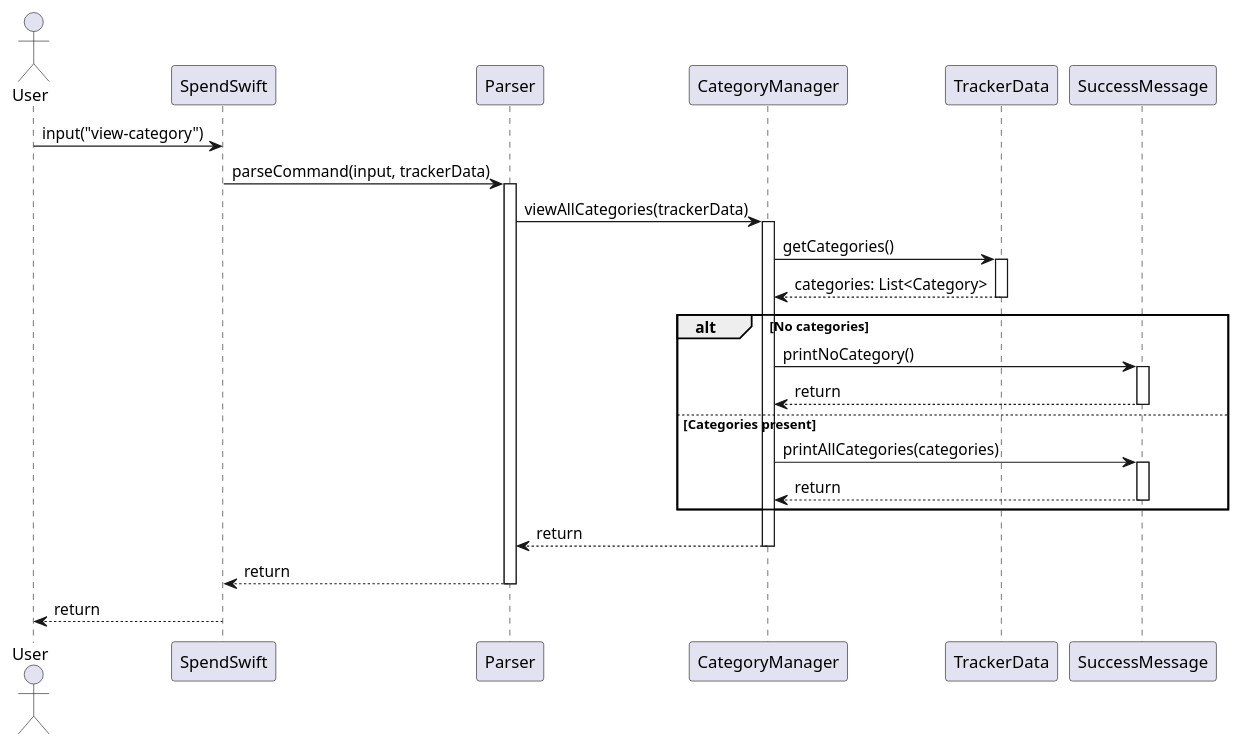
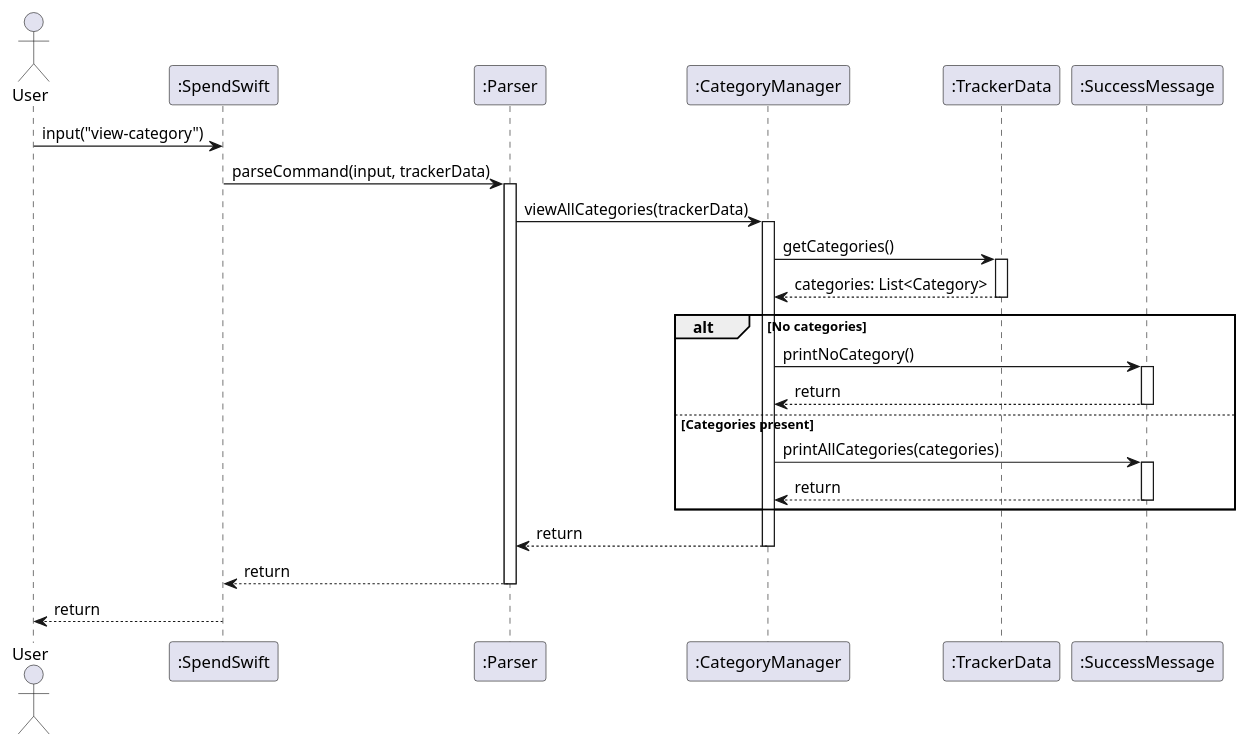
Before and after one commit to nus-cs2113-AY2425S1/tp: the diagram in docs/diagrams/ViewCategory.puml, drawn with PlantUML. The commit also changed 19 other files, not shown here.

```diff
--- a/docs/diagrams/ViewCategory.puml
+++ b/docs/diagrams/ViewCategory.puml
@@ -1,44 +1,44 @@
 @startuml
 actor User
-participant SpendSwift
-participant Parser
-participant CategoryManager
-participant TrackerData
-participant SuccessMessage
+participant ":SpendSwift" as SpendSwift
+participant ":Parser" as Parser
+participant ":CategoryManager" as CategoryManager
+participant ":TrackerData" as TrackerData
+participant ":SuccessMessage" as SuccessMessage
 
 User -> SpendSwift : input("view-category")
 SpendSwift -> Parser : parseCommand(input, trackerData)
 
 activate Parser
 Parser -> CategoryManager : viewAllCategories(trackerData)
 
 activate CategoryManager
 CategoryManager -> TrackerData : getCategories()
 
 activate TrackerData
 TrackerData --> CategoryManager : categories: List<Category>
 deactivate TrackerData
 
 alt No categories
 CategoryManager -> SuccessMessage : printNoCategory()
 activate SuccessMessage
 SuccessMessage --> CategoryManager : return
 deactivate SuccessMessage
 
 else Categories present
 CategoryManager -> SuccessMessage : printAllCategories(categories)
 activate SuccessMessage
 SuccessMessage --> CategoryManager : return
 deactivate SuccessMessage
 end
 
 CategoryManager --> Parser : return
 deactivate CategoryManager
 
 Parser --> SpendSwift : return
 deactivate Parser
 
 SpendSwift --> User : return
 deactivate SpendSwift
 
 @enduml
```
